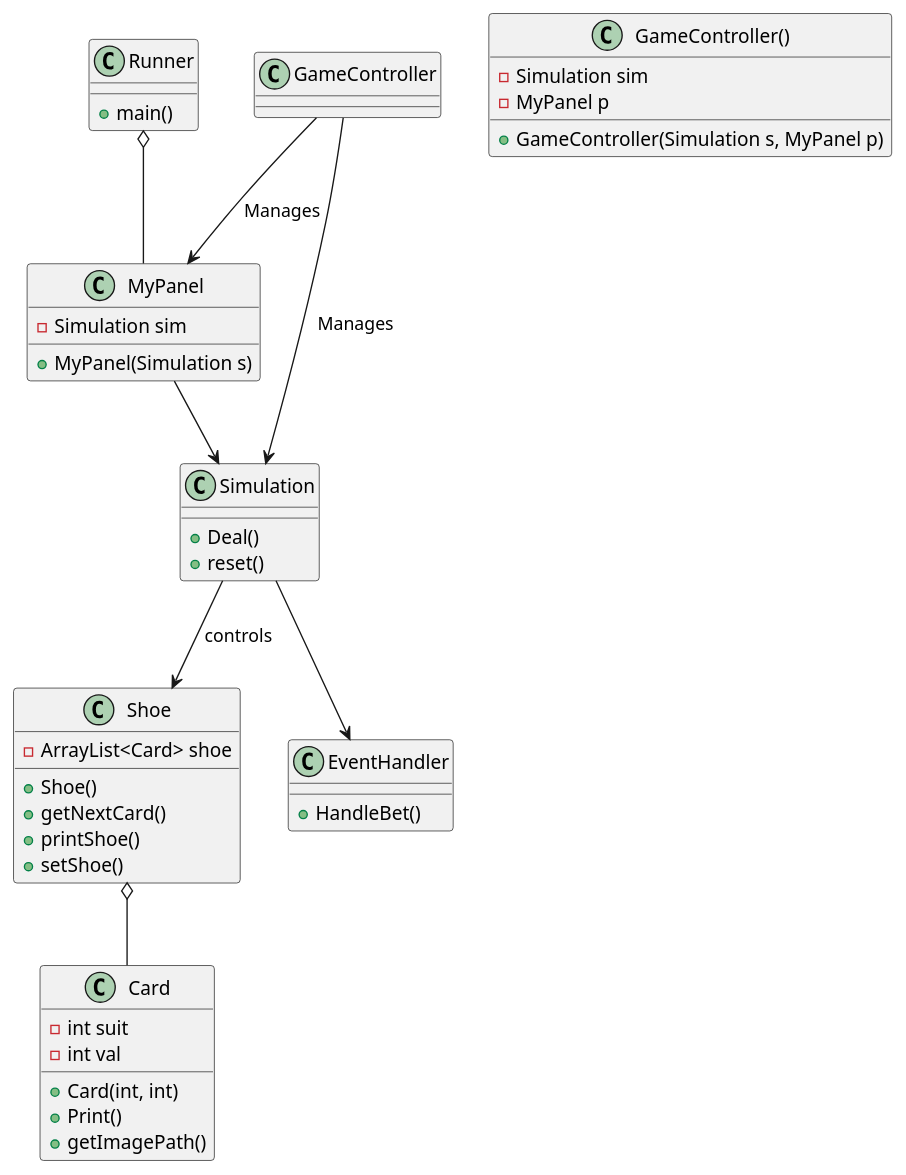
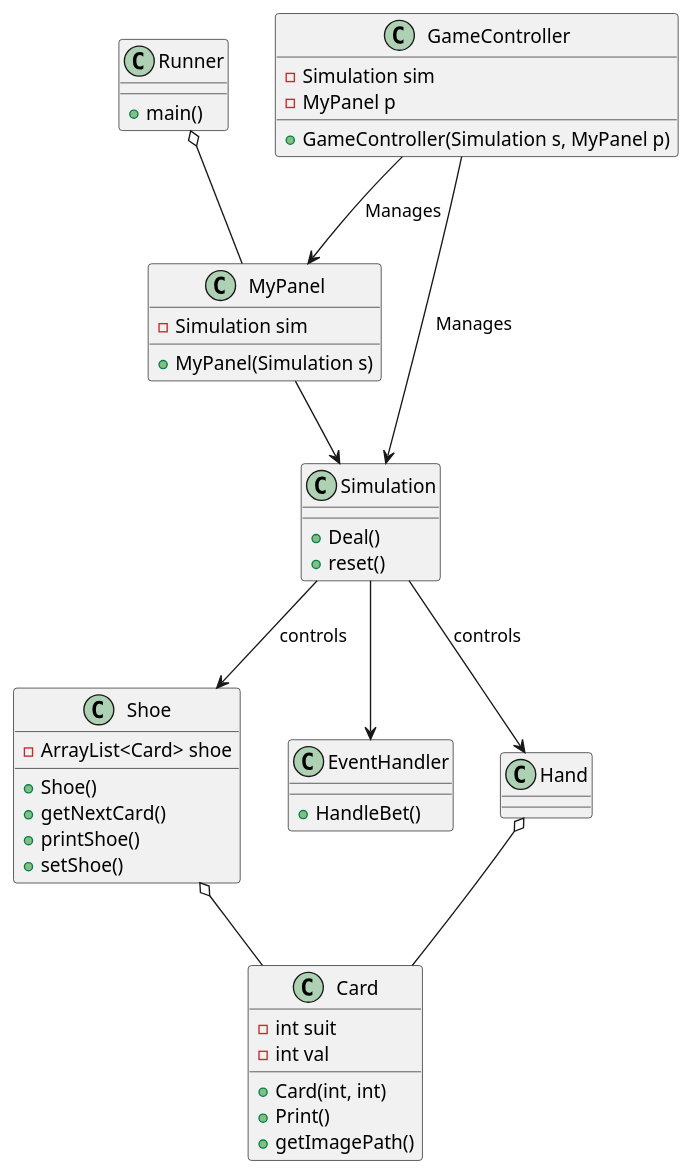
The diagram in src/support/uml/project.puml (Zach-Farrell/blackjack-game), drawn with PlantUML before and after one commit. The commit also changed 7 other files, not shown here.

```diff
--- a/src/support/uml/project.puml
+++ b/src/support/uml/project.puml
@@ -1,50 +1,56 @@
 @startuml
 class Shoe {
     -ArrayList<Card> shoe
     +Shoe()
     +getNextCard()
     +printShoe()
     +setShoe()
 }
 
 class Card {
     +Card(int, int)
     +Print()
     +getImagePath()
     -int suit
     -int val
 }
 
 class Simulation {
     +Deal()
     +reset()
 
 }
 
 class EventHandler {
     +HandleBet()
 }
 
 class MyPanel {
     +MyPanel(Simulation s)
     -Simulation sim
 }
 
 class Runner {
 	+main()
 }
 
-class GameController() {
+class GameController {
     +GameController(Simulation s, MyPanel p)
     -Simulation sim
     -MyPanel p
 }
 
+class Hand {
+
+}
+
 Shoe o-- Card
+Hand o-- Card
 MyPanel --> Simulation
 Simulation --> Shoe : controls
+Simulation --> Hand : controls
 Simulation --> EventHandler
 Runner o-- MyPanel
 GameController --> MyPanel : Manages
 GameController --> Simulation : Manages
 @enduml
```
